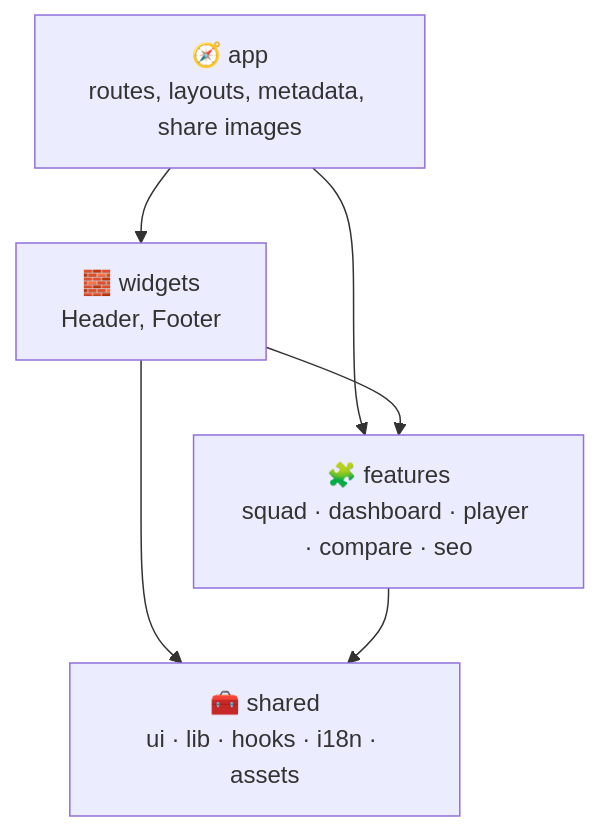
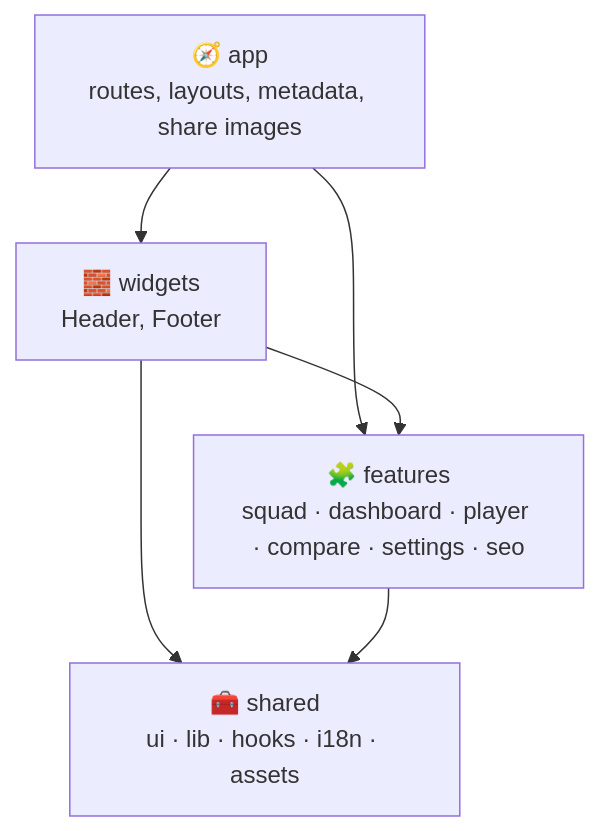
The first of 2 diagrams in docs/architecture.md (sacrificed666/next-faceit-stats), drawn with Mermaid before and after one commit. The commit also changed other lines of this file and 266 other files, not shown here.

````diff
--- a/docs/architecture.md
+++ b/docs/architecture.md
@@ -20,8 +20,8 @@
 ```mermaid
 flowchart TB
   App["🧭 app<br/>routes, layouts, metadata, share images"] --> Widgets["🧱 widgets<br/>Header, Footer"]
   App --> Features
-  Widgets --> Features["🧩 features<br/>squad · dashboard · player · compare · seo"]
+  Widgets --> Features["🧩 features<br/>squad · dashboard · player · compare · settings · seo"]
   Widgets --> Shared
   Features --> Shared["🧰 shared<br/>ui · lib · hooks · i18n · assets"]
 ```
````
